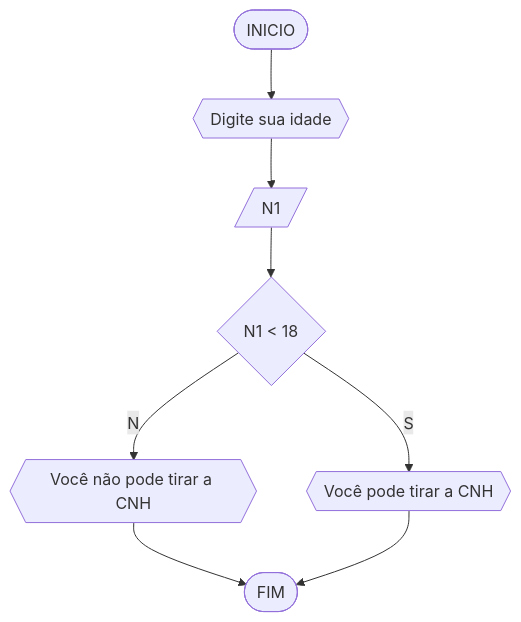
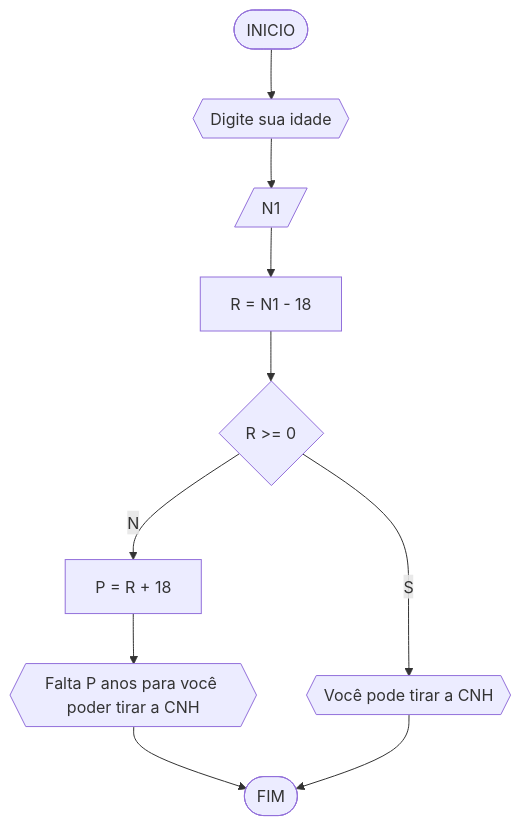
The fourth of 4 diagrams in RLA/lista1_exercicios.md (BrggLucas/UNIFOR), drawn with Mermaid before and after one commit. The commit also changed other lines of this file, not shown here.

````diff
--- a/RLA/lista1_exercicios.md
+++ b/RLA/lista1_exercicios.md
@@ -106,10 +101,12 @@
 ```mermaid
 flowchart TD
 A([INICIO])-->B{{Digite sua idade}}
 B-->C[/N1/]
-C-->D{N1 < 18}
-D--N-->E{{Você não pode tirar a CNH}}
-D--S-->F{{Você pode tirar a CNH}}
-E-->G([FIM])
-F-->G
+C-->D[R = N1 - 18]
+D-->E{R >= 0}
+E--S-->F{{Você pode tirar a CNH}}
+E--N-->G[P = R + 18]
+G-->H{{Falta P anos para você poder tirar a CNH}}
+H-->I([FIM])
+F-->I
 ```
````
